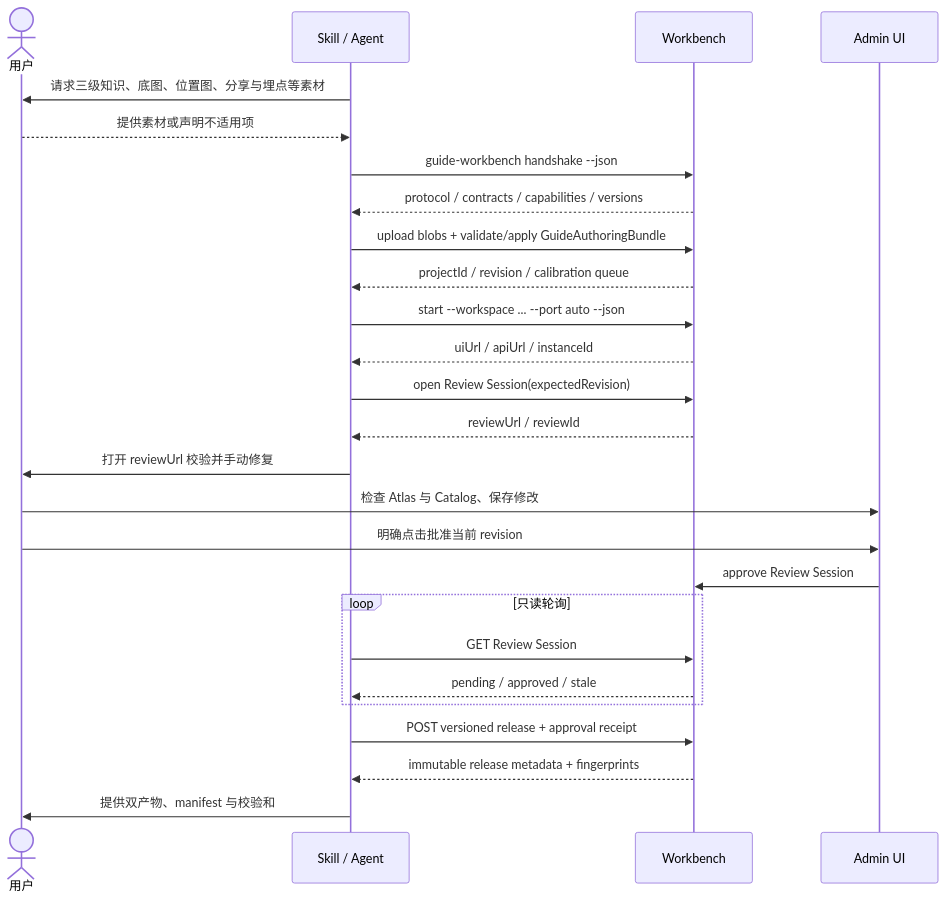
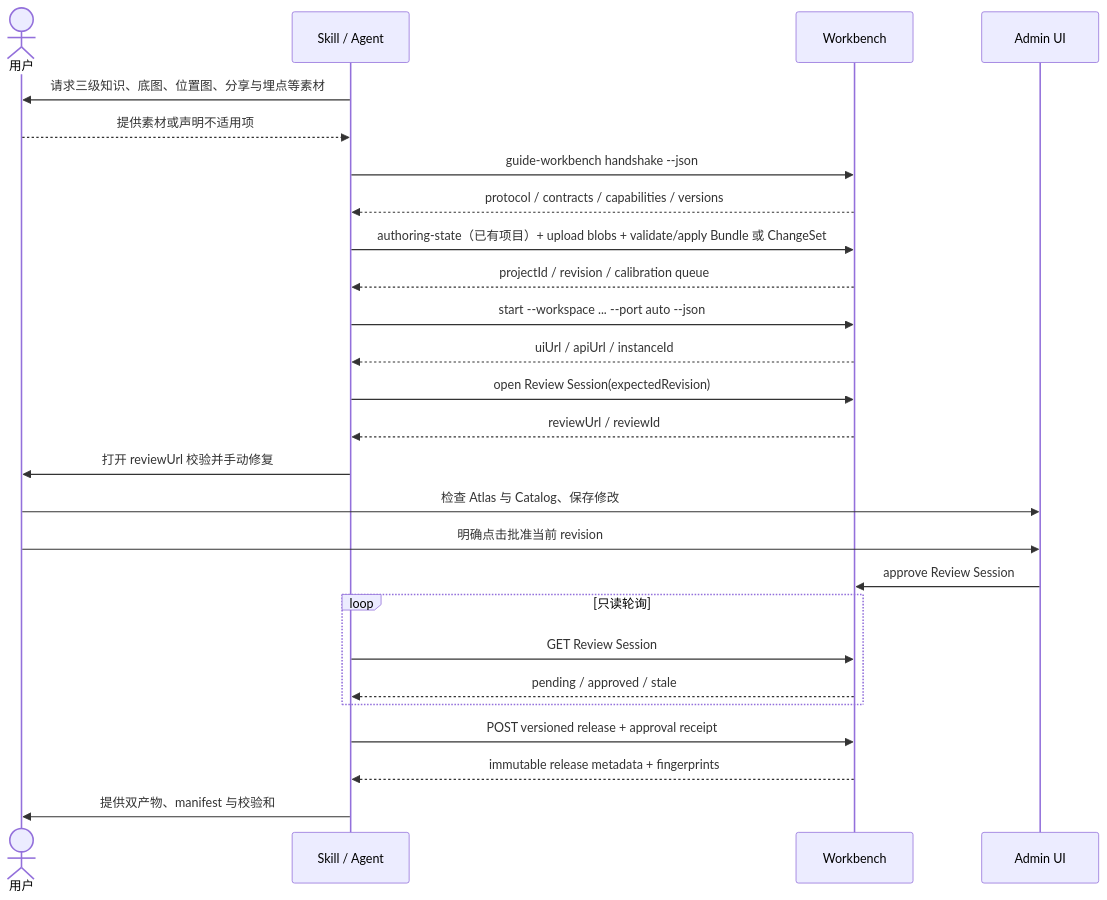
One commit to lz6060788/Interactive-Guide changed the second of 2 diagrams in docs/architecture/workbench-skill-offline-orchestration.md. Above: the diagram before and after it, drawn with Mermaid. The commit also changed other lines of this file and 3 other files, not shown here.

````diff
--- a/docs/architecture/workbench-skill-offline-orchestration.md
+++ b/docs/architecture/workbench-skill-offline-orchestration.md
@@ -238,29 +254,29 @@
 ```mermaid
 sequenceDiagram
     actor User as 用户
     participant Skill as Skill / Agent
     participant WB as Workbench
     participant UI as Admin UI
 
     Skill->>User: 请求三级知识、底图、位置图、分享与埋点等素材
     User-->>Skill: 提供素材或声明不适用项
     Skill->>WB: guide-workbench handshake --json
     WB-->>Skill: protocol / contracts / capabilities / versions
-    Skill->>WB: upload blobs + validate/apply GuideAuthoringBundle
+    Skill->>WB: authoring-state（已有项目）+ upload blobs + validate/apply Bundle 或 ChangeSet
     WB-->>Skill: projectId / revision / calibration queue
     Skill->>WB: start --workspace ... --port auto --json
     WB-->>Skill: uiUrl / apiUrl / instanceId
     Skill->>WB: open Review Session(expectedRevision)
     WB-->>Skill: reviewUrl / reviewId
     Skill->>User: 打开 reviewUrl 校验并手动修复
     User->>UI: 检查 Atlas 与 Catalog、保存修改
     User->>UI: 明确点击批准当前 revision
     UI->>WB: approve Review Session
     loop 只读轮询
         Skill->>WB: GET Review Session
         WB-->>Skill: pending / approved / stale
     end
     Skill->>WB: POST versioned release + approval receipt
     WB-->>Skill: immutable release metadata + fingerprints
     Skill->>User: 提供双产物、manifest 与校验和
 ```
````
